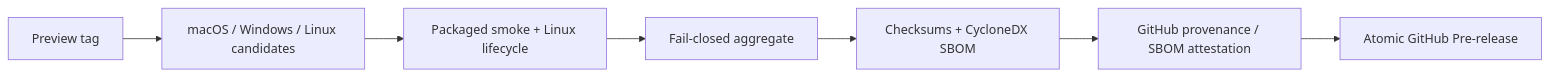
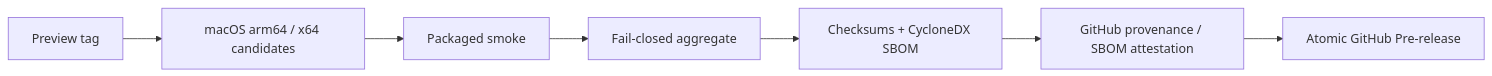
One commit to TheSyart/emperor-agent changed the diagram in docs/release/preview-release-runbook.md. Above: the diagram before and after it, drawn with Mermaid. The commit also changed other lines of this file and 11 other files, not shown here.

Commit message:
fix(release): publish macOS-only unsigned Preview with current CI tools

````diff
--- a/docs/release/preview-release-runbook.md
+++ b/docs/release/preview-release-runbook.md
@@ -39,9 +39,9 @@
 ```mermaid
 flowchart LR
-  Tag["Preview tag"] --> Candidates["macOS / Windows / Linux candidates"]
-  Candidates --> Smoke["Packaged smoke + Linux lifecycle"]
+  Tag["Preview tag"] --> Candidates["macOS arm64 / x64 candidates"]
+  Candidates --> Smoke["Packaged smoke"]
   Smoke --> Aggregate["Fail-closed aggregate"]
   Aggregate --> SBOM["Checksums + CycloneDX SBOM"]
   SBOM --> Attest["GitHub provenance / SBOM attestation"]
   Attest --> Publish["Atomic GitHub Pre-release"]
 ```
````
